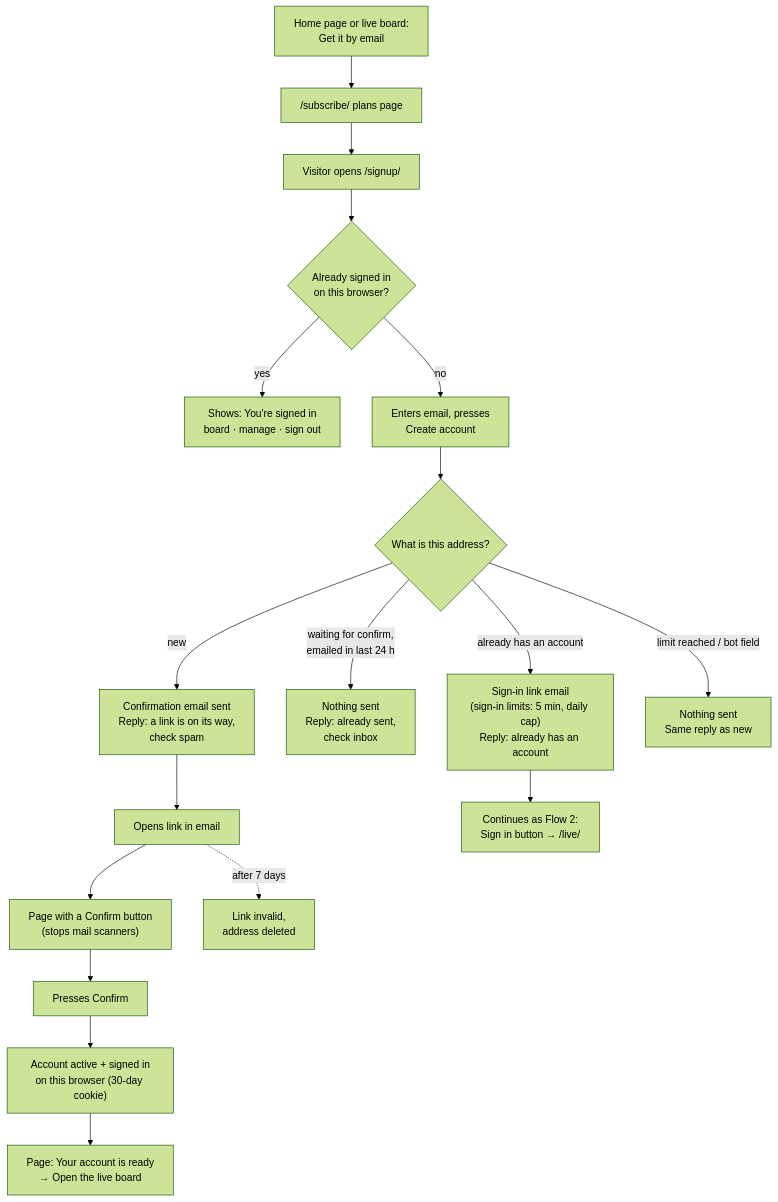
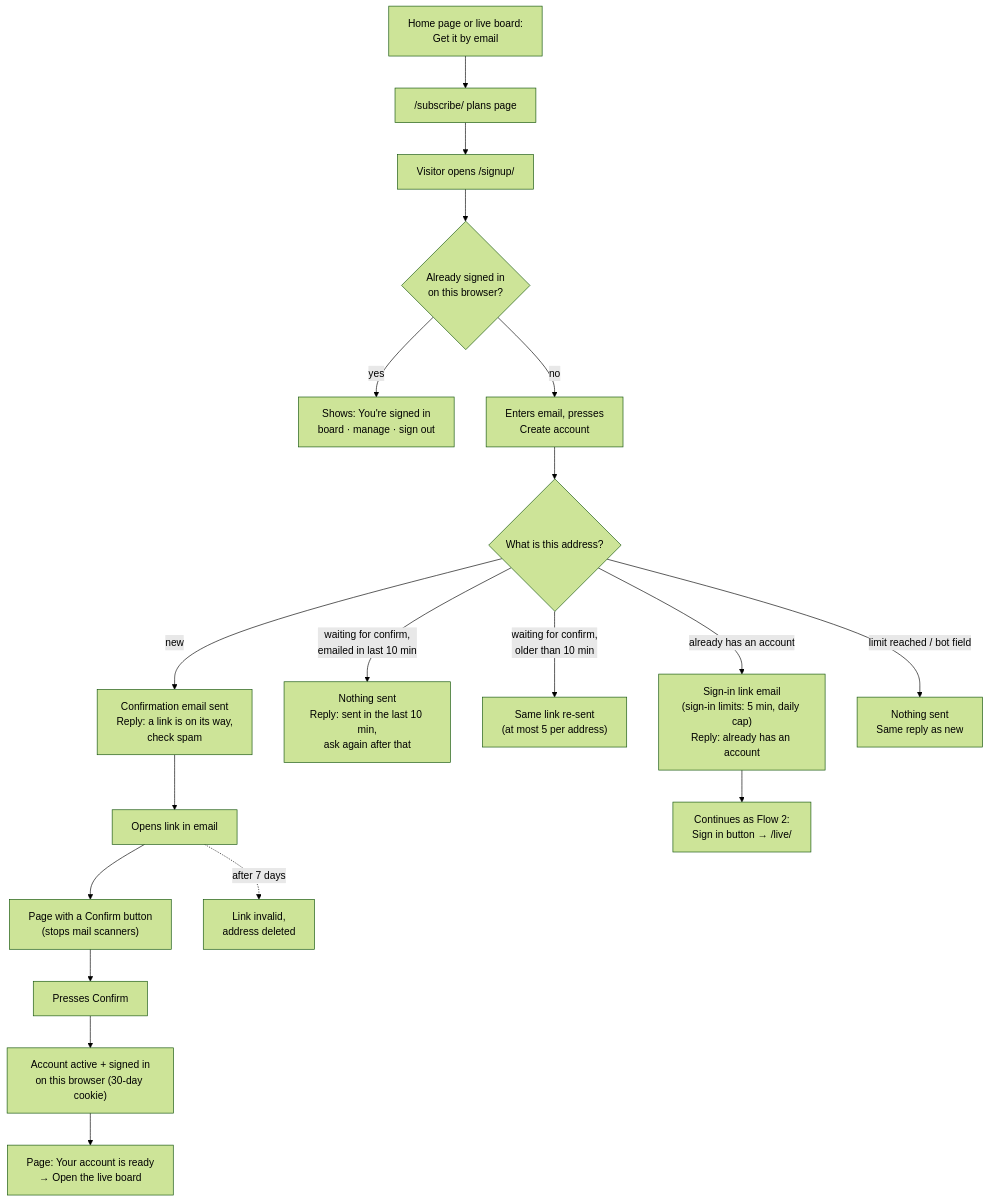
One commit to bhawnamanglapm/travel-problem-radar-case-study changed the first of 3 diagrams in docs/subscriptions/account-flows.md. Above: the diagram before and after it, drawn with Mermaid (forest theme). The commit also changed other lines of this file and 7 other files, not shown here.

First line of the commit message:
Docs: confirmation re-send after 10 minutes (account-flows #9)

````diff
--- a/docs/subscriptions/account-flows.md
+++ b/docs/subscriptions/account-flows.md
@@ -19,20 +19,21 @@
 ```mermaid
 flowchart TD
   P0["Home page or live board:<br/>Get it by email"] --> P1["/subscribe/ plans page"]
   P1 --> A["Visitor opens /signup/"]
   A --> B{"Already signed in<br/>on this browser?"}
   B -- yes --> B1["Shows: You're signed in<br/>board · manage · sign out"]
   B -- no --> C["Enters email, presses<br/>Create account"]
   C --> D{"What is this address?"}
   D -- "new" --> E["Confirmation email sent<br/>Reply: a link is on its way,<br/>check spam"]
-  D -- "waiting for confirm,<br/>emailed in last 24 h" --> F["Nothing sent<br/>Reply: already sent,<br/>check inbox"]
+  D -- "waiting for confirm,<br/>emailed in last 10 min" --> F["Nothing sent<br/>Reply: sent in the last 10 min,<br/>ask again after that"]
+  D -- "waiting for confirm,<br/>older than 10 min" --> E3["Same link re-sent<br/>(at most 5 per address)"]
   D -- "already has an account" --> G["Sign-in link email<br/>(sign-in limits: 5 min, daily cap)<br/>Reply: already has an account"]
   D -- "limit reached / bot field" --> E2["Nothing sent<br/>Same reply as new"]
   E --> H["Opens link in email"]
   H --> I["Page with a Confirm button<br/>(stops mail scanners)"]
   I --> J["Presses Confirm"]
   J --> K["Account active + signed in<br/>on this browser (30-day cookie)"]
   K --> L["Page: Your account is ready<br/>→ Open the live board"]
   H -. "after 7 days" .-> X["Link invalid,<br/>address deleted"]
   G --> M["Continues as Flow 2:<br/>Sign in button → /live/"]
 ```
````
